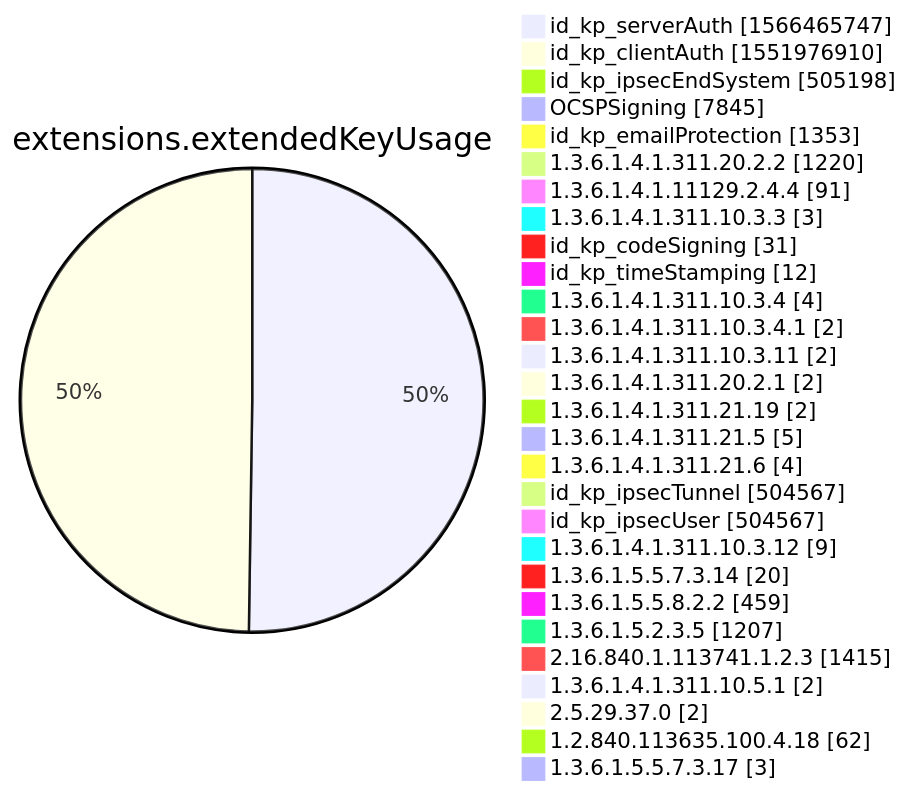
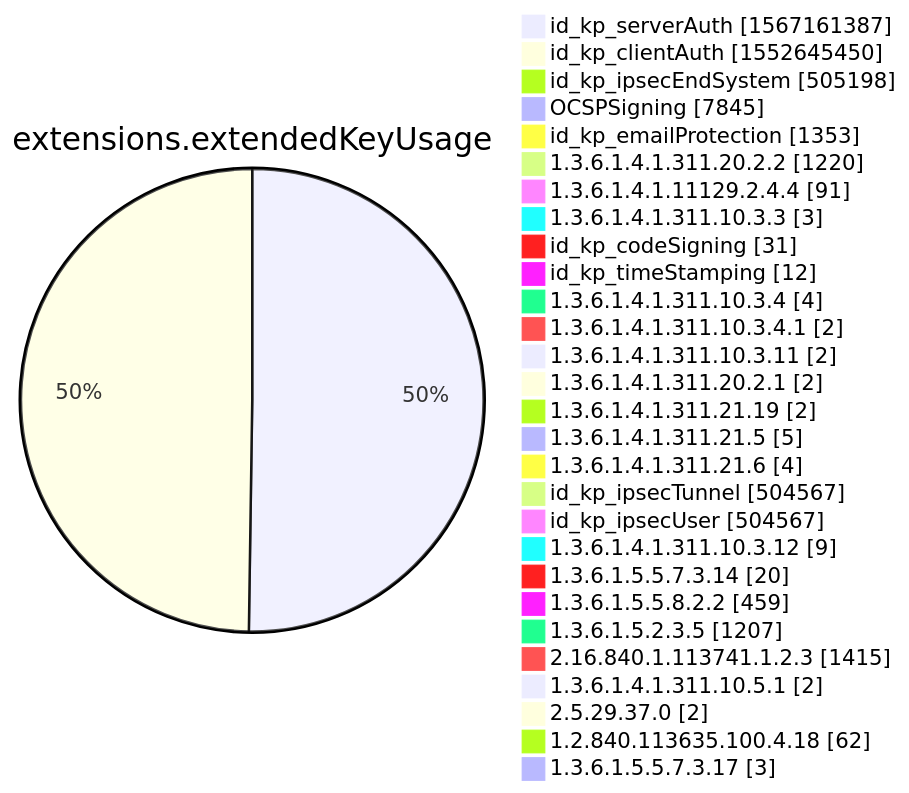
Before and after one commit to christiankrug/ctmonitor_visualization: diagram 12 of 15 in xenon2022/README.md, drawn with Mermaid. The commit also changed other lines of this file, not shown here.

````diff
--- a/xenon2022/README.md
+++ b/xenon2022/README.md
@@ -3883,32 +3883,32 @@
 ```mermaid
 pie showData
 title extensions.extendedKeyUsage
-"id_kp_serverAuth" :1566465747
-"id_kp_clientAuth" :1551976910
+"id_kp_serverAuth" :1567161387
+"id_kp_clientAuth" :1552645450
 "id_kp_ipsecEndSystem" :505198
 "OCSPSigning" :7845
 "id_kp_emailProtection" :1353
 "1.3.6.1.4.1.311.20.2.2" :1220
 "1.3.6.1.4.1.11129.2.4.4" :91
 "1.3.6.1.4.1.311.10.3.3" :3
 "id_kp_codeSigning" :31
 "id_kp_timeStamping" :12
 "1.3.6.1.4.1.311.10.3.4" :4
 "1.3.6.1.4.1.311.10.3.4.1" :2
 "1.3.6.1.4.1.311.10.3.11" :2
 "1.3.6.1.4.1.311.20.2.1" :2
 "1.3.6.1.4.1.311.21.19" :2
 "1.3.6.1.4.1.311.21.5" :5
 "1.3.6.1.4.1.311.21.6" :4
 "id_kp_ipsecTunnel" :504567
 "id_kp_ipsecUser" :504567
 "1.3.6.1.4.1.311.10.3.12" :9
 "1.3.6.1.5.5.7.3.14" :20
 "1.3.6.1.5.5.8.2.2" :459
 "1.3.6.1.5.2.3.5" :1207
 "2.16.840.1.113741.1.2.3" :1415
 "1.3.6.1.4.1.311.10.5.1" :2
 "2.5.29.37.0" :2
 "1.2.840.113635.100.4.18" :62
 "1.3.6.1.5.5.7.3.17" :3
 ```
````
